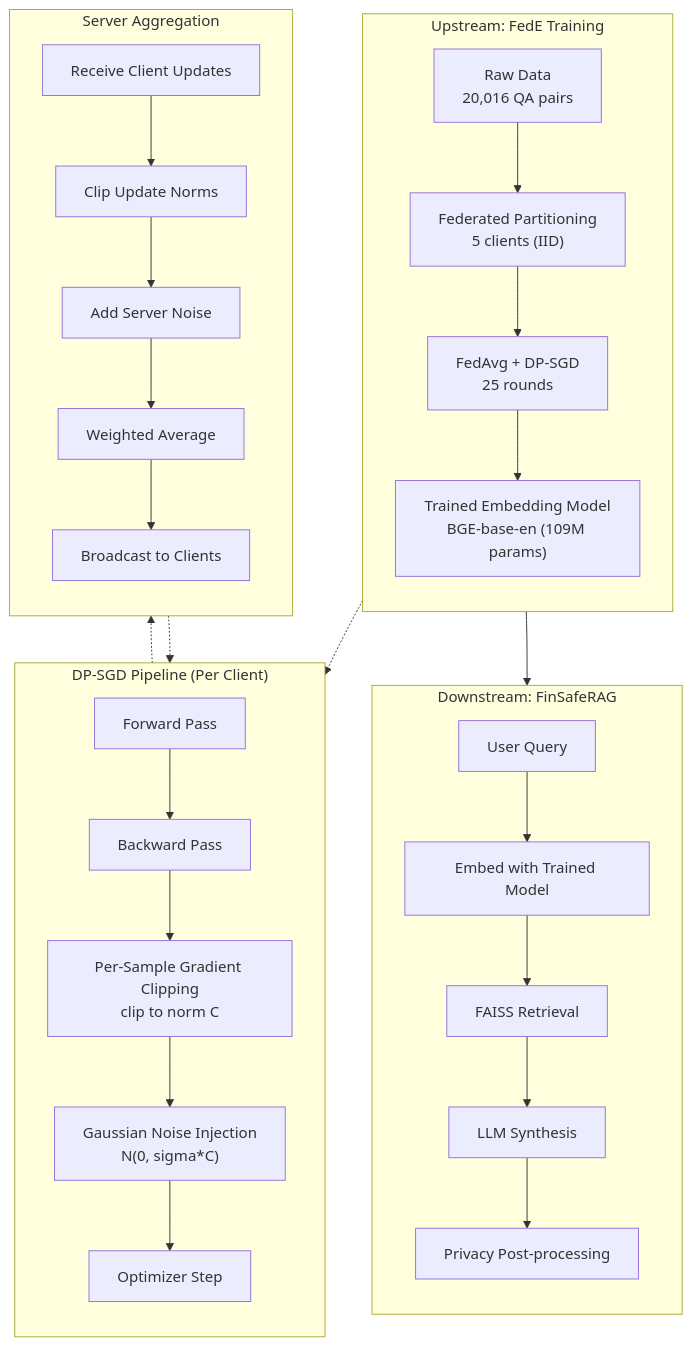
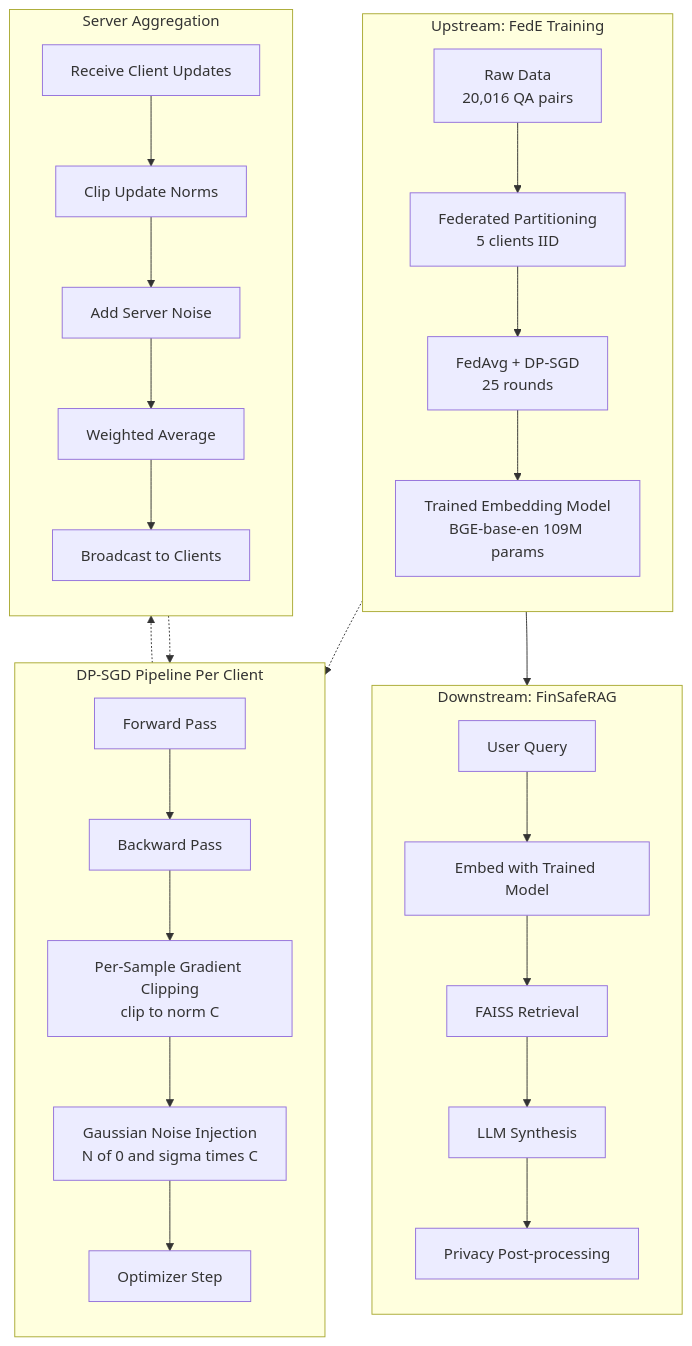
Before and after one commit to ursuswh-metamorphic/SDA_SecureDataAlliance: the sixth of 11 diagrams in docs/DP_Evaluation_Report.md, drawn with Mermaid. The commit also changed other lines of this file and 2 other files, not shown here.

````diff
--- a/docs/DP_Evaluation_Report.md
+++ b/docs/DP_Evaluation_Report.md
@@ -198,38 +181,38 @@
 ```mermaid
 graph TB
     subgraph "Upstream: FedE Training"
         direction TB
-        A["Raw Data<br/>20,016 QA pairs"] --> B["Federated Partitioning<br/>5 clients (IID)"]
+        A["Raw Data<br/>20,016 QA pairs"] --> B["Federated Partitioning<br/>5 clients IID"]
         B --> C["FedAvg + DP-SGD<br/>25 rounds"]
-        C --> D["Trained Embedding Model<br/>BGE-base-en (109M params)"]
+        C --> D["Trained Embedding Model<br/>BGE-base-en 109M params"]
     end
 
-    subgraph "DP-SGD Pipeline (Per Client)"
+    subgraph "DP-SGD Pipeline Per Client"
         direction TB
         E["Forward Pass"] --> F["Backward Pass"]
         F --> G["Per-Sample Gradient Clipping<br/>clip to norm C"]
-        G --> H["Gaussian Noise Injection<br/>N(0, sigma*C)"]
+        G --> H["Gaussian Noise Injection<br/>N of 0 and sigma times C"]
         H --> I["Optimizer Step"]
     end
 
     subgraph "Server Aggregation"
         direction TB
         J["Receive Client Updates"] --> K["Clip Update Norms"]
         K --> L["Add Server Noise"]
         L --> M["Weighted Average"]
         M --> N["Broadcast to Clients"]
     end
 
     subgraph "Downstream: FinSafeRAG"
         direction TB
         O["User Query"] --> P["Embed with Trained Model"]
         P --> Q["FAISS Retrieval"]
         Q --> R["LLM Synthesis"]
         R --> S["Privacy Post-processing"]
     end
 
     D --> O
     C -.-> E
     I -.-> J
     N -.-> E
 ```
````
